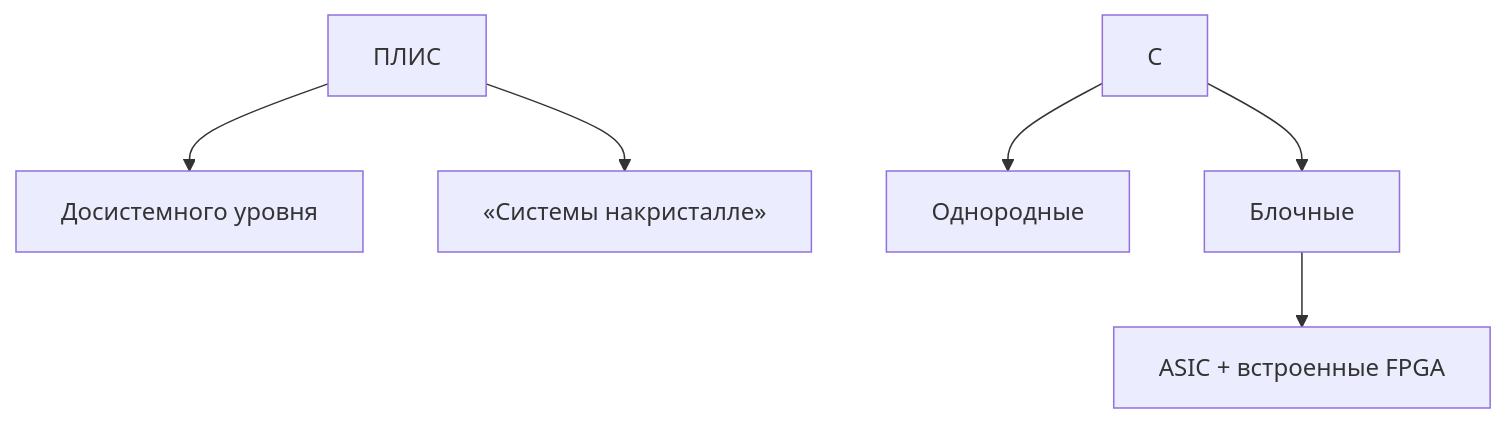
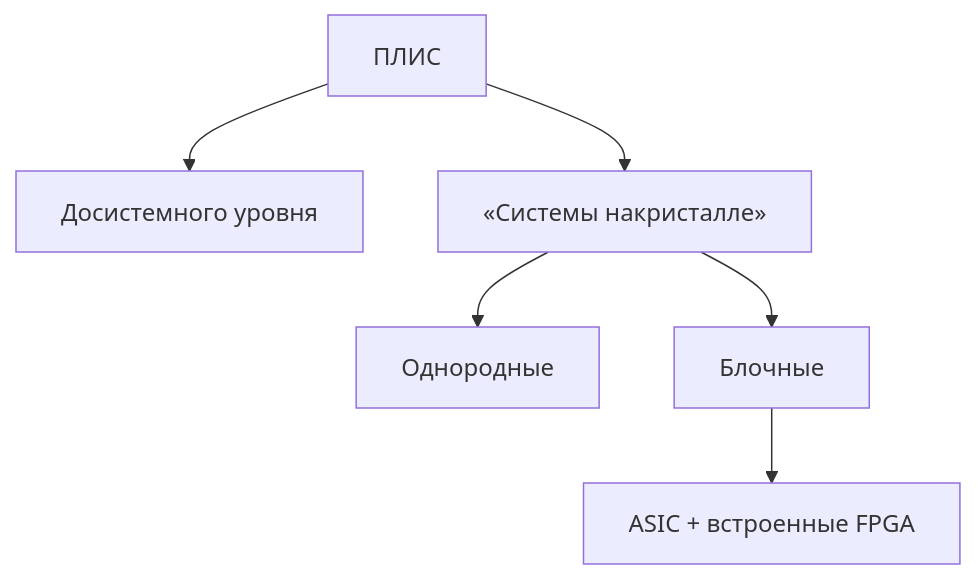
One commit to Vundervaffe/PLIS changed the second of 2 diagrams in README.md. Above: the diagram before and after it, drawn with Mermaid.

````diff
--- a/README.md
+++ b/README.md
@@ -375,8 +375,8 @@
 ```mermaid
 graph TD
   A[ПЛИС] --> B[Досистемного уровня]
   A --> C[«Системы накристалле»]
-  С --> D[Однородные]
-  С --> E[Блочные]
+  C --> D[Однородные]
+  C --> E[Блочные]
   E --> F[ASIC + встроенные FPGA]
 ```
````
